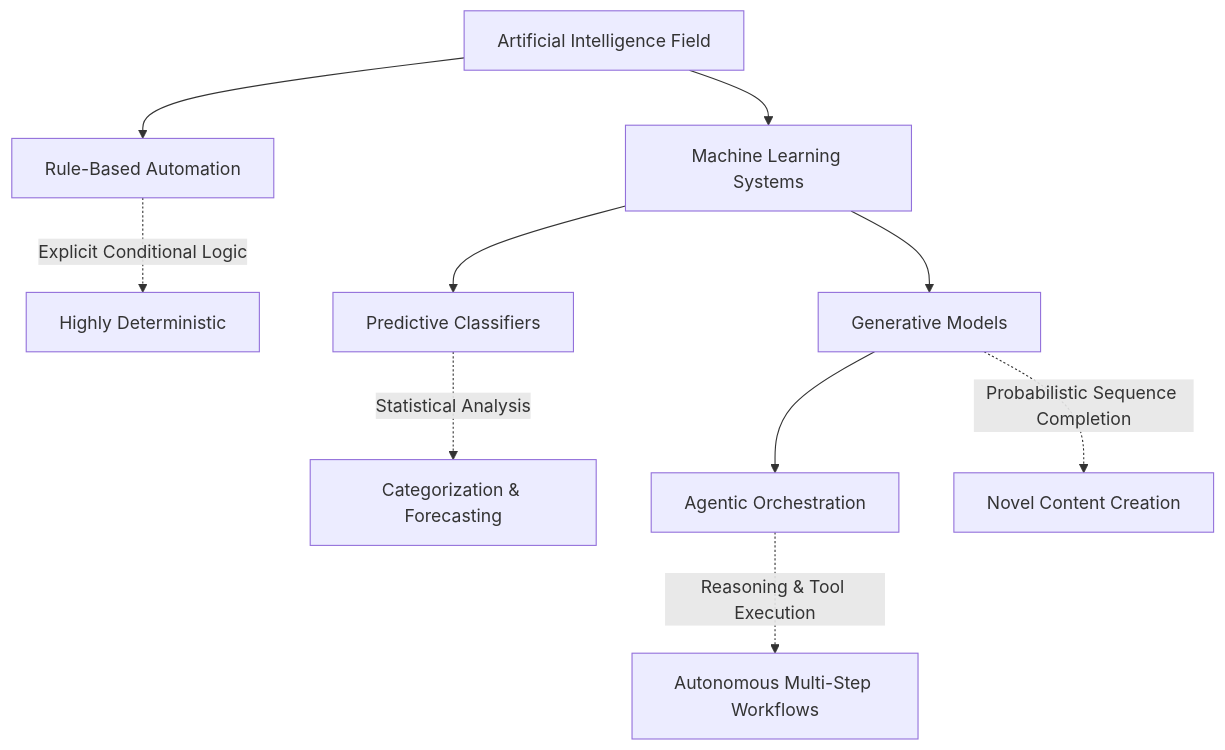
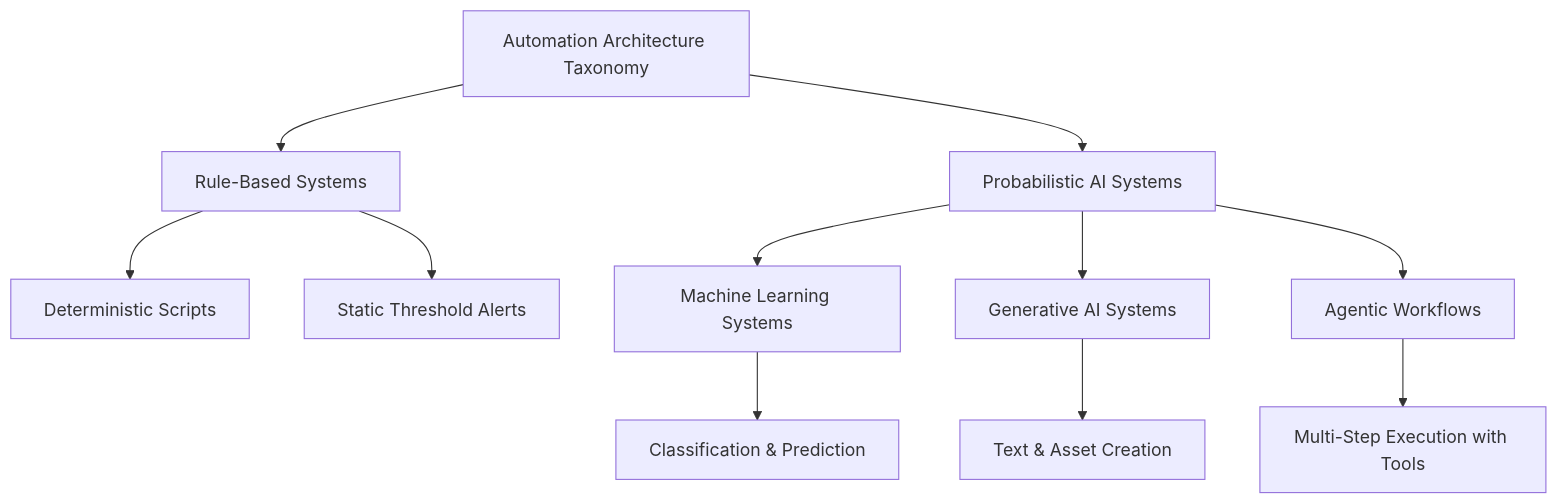
One commit to kube-dojo/kube-dojo changed the diagram in src/content/docs/ai/foundations/module-1.1-what-is-ai.md. Above: the diagram before and after it, drawn with Mermaid. The commit also changed other lines of this file, not shown here.

````diff
--- a/src/content/docs/ai/foundations/module-1.1-what-is-ai.md
+++ b/src/content/docs/ai/foundations/module-1.1-what-is-ai.md
@@ -47,13 +47,13 @@
 ```mermaid
-flowchart TD
-    A[Artificial Intelligence Field] --> B[Rule-Based Automation]
-    A --> C[Machine Learning Systems]
-    C --> D[Predictive Classifiers]
-    C --> E[Generative Models]
-    E --> F[Agentic Orchestration]
-    
-    B -.->|Explicit Conditional Logic| G[Highly Deterministic]
-    D -.->|Statistical Analysis| H[Categorization & Forecasting]
-    E -.->|Probabilistic Sequence Completion| I[Novel Content Creation]
-    F -.->|Reasoning & Tool Execution| J[Autonomous Multi-Step Workflows]
+graph TD
+    A[Automation Architecture Taxonomy] --> B[Rule-Based Systems]
+    A --> C[Probabilistic AI Systems]
+    B --> B1[Deterministic Scripts]
+    B --> B2[Static Threshold Alerts]
+    C --> D[Machine Learning Systems]
+    C --> E[Generative AI Systems]
+    C --> F[Agentic Workflows]
+    D --> D1[Classification & Prediction]
+    E --> E1[Text & Asset Creation]
+    F --> F1[Multi-Step Execution with Tools]
 ```
````
